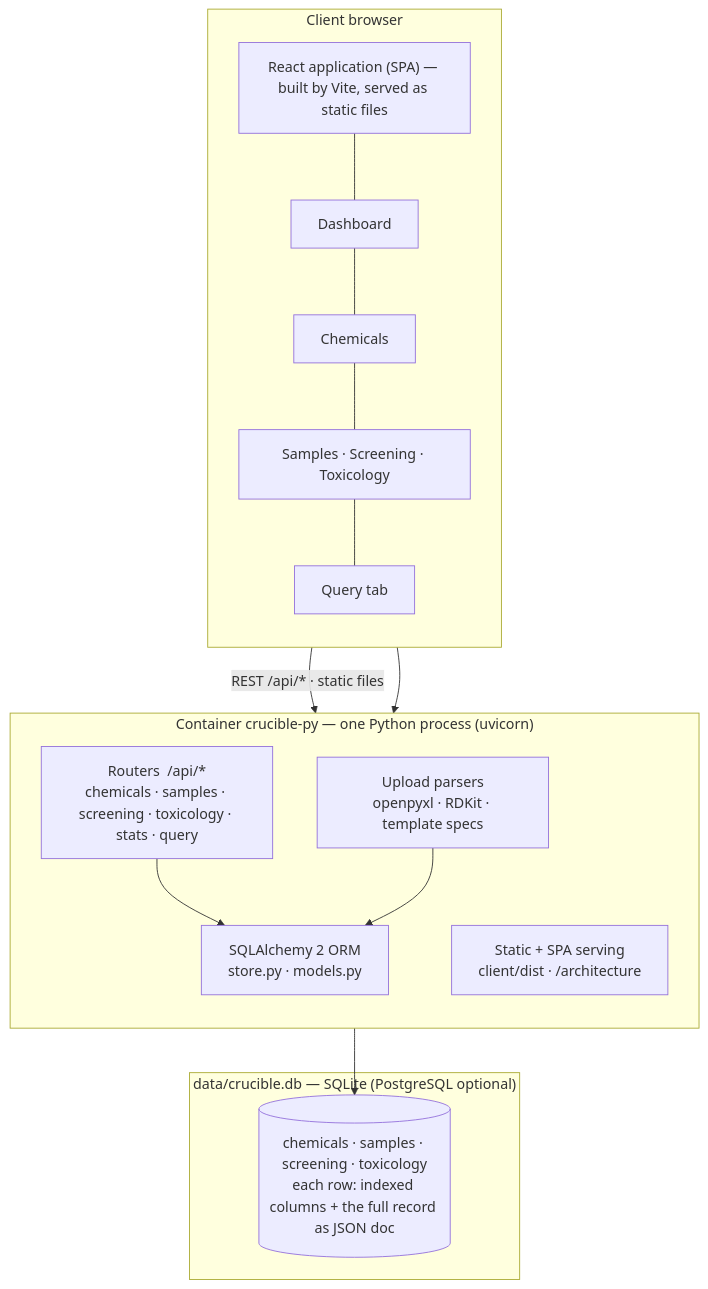
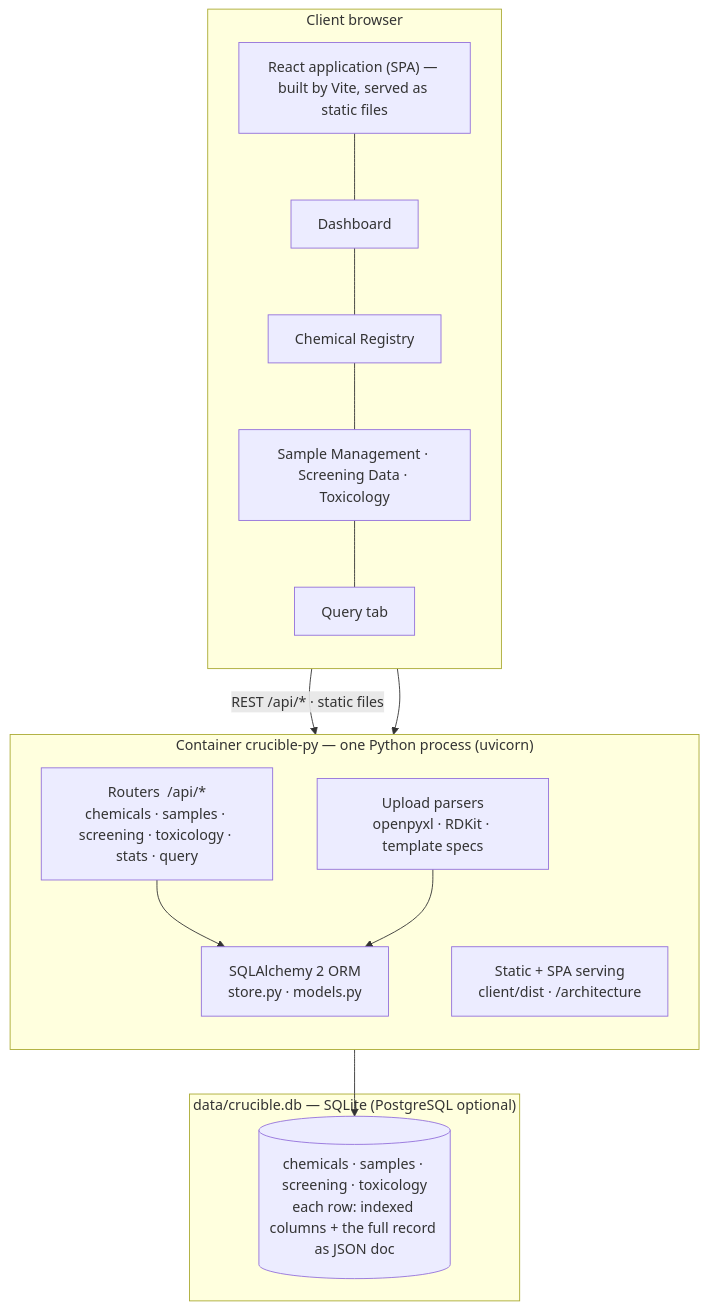
Before and after one commit to akannan2987/nr-nips-crucible: the first of 7 diagrams in docs/02-architecture.md, drawn with Mermaid. The commit also changed 19 other files, not shown here.

````diff
--- a/docs/02-architecture.md
+++ b/docs/02-architecture.md
@@ -93,23 +93,23 @@
 ```mermaid
 flowchart TB
     subgraph browser["Client browser"]
         direction TB
         R["React application (SPA) — built by Vite, served as static files"]
-        R --- D["Dashboard"] --- C["Chemicals"] --- SS["Samples · Screening · Toxicology"] --- Q["Query tab"]
+        R --- D["Dashboard"] --- C["Chemical Registry"] --- SS["Sample Management · Screening Data · Toxicology"] --- Q["Query tab"]
     end
     subgraph container["Container crucible-py — one Python process (uvicorn)"]
         direction TB
         RT["Routers  /api/*<br/>chemicals · samples · screening · toxicology · stats · query"]
         UP["Upload parsers<br/>openpyxl · RDKit · template specs"]
         ST["Static + SPA serving<br/>client/dist · /architecture"]
         ORM["SQLAlchemy 2 ORM<br/>store.py · models.py"]
         RT --> ORM
         UP --> ORM
     end
     subgraph db["data/crucible.db — SQLite (PostgreSQL optional)"]
         T[("chemicals · samples · screening · toxicology<br/>each row: indexed columns + the full record as JSON doc")]
     end
     R -- "REST /api/* · static files" --> RT
     R --> ST
     ORM --> T
 ```
````
